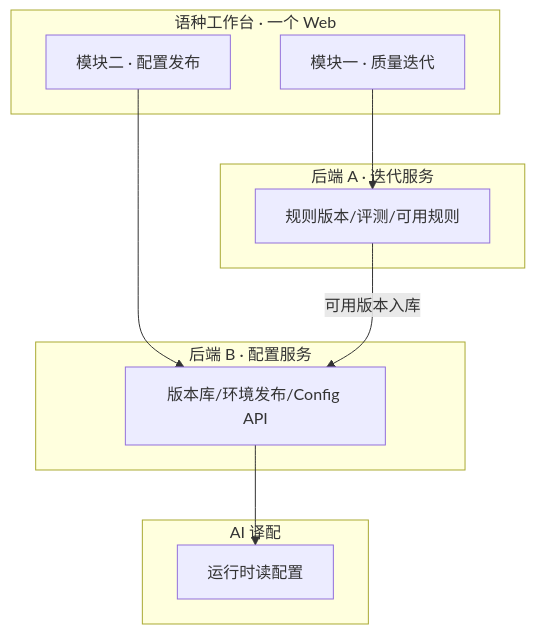
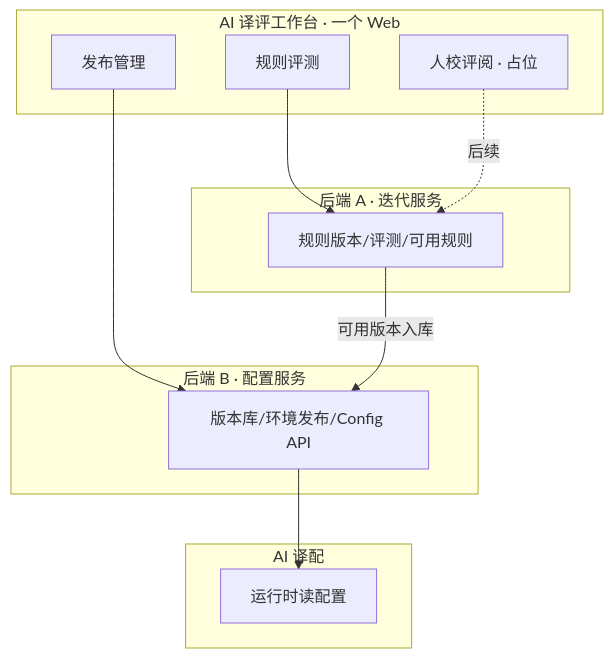
The diagram in 需求文档/双平台功能列表-一期.md (8120xf/miracle-yiping), drawn with Mermaid before and after one commit. The commit also changed other lines of this file and 11 other files, not shown here.

````diff
--- a/需求文档/双平台功能列表-一期.md
+++ b/需求文档/双平台功能列表-一期.md
@@ -81,20 +84,22 @@
 ```mermaid
 flowchart TB
-  subgraph workbench [语种工作台 · 一个 Web]
-    M1[模块一 · 质量迭代]
-    M2[模块二 · 配置发布]
+  subgraph workbench [AI 译评工作台 · 一个 Web]
+    M1[规则评测]
+    M2[人校评阅 · 占位]
+    M3[发布管理]
   end
   subgraph be_a [后端 A · 迭代服务]
     E1[规则版本/评测/可用规则]
   end
   subgraph be_b [后端 B · 配置服务]
     E2[版本库/环境发布/Config API]
   end
   subgraph prod [AI 译配]
     Run[运行时读配置]
   end
   M1 --> E1
-  M2 --> E2
+  M2 -.->|后续| E1
+  M3 --> E2
   E1 -->|可用版本入库| E2
   E2 --> Run
 ```
````
